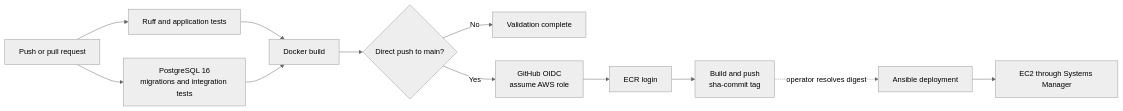
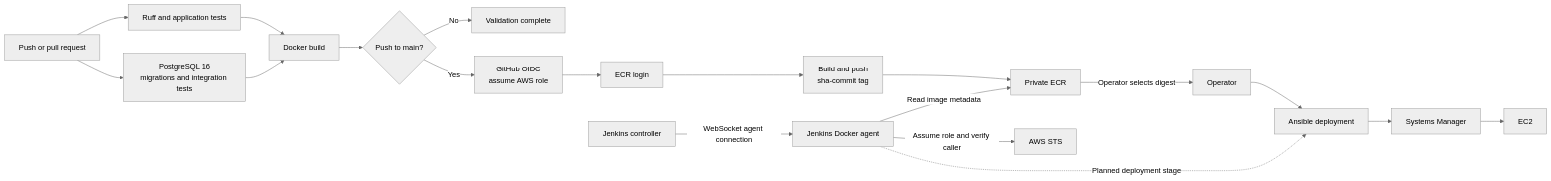
One commit to Orlando-Alvarez/Ticket-API changed the diagram in docs/ci-cd.md. Above: the diagram before and after it, drawn with Mermaid (neutral theme). The commit also changed other lines of this file and 9 other files, not shown here.

Commit message:
docs: document Jenkins architecture and CI/CD integration

````diff
--- a/docs/ci-cd.md
+++ b/docs/ci-cd.md
@@ -43,14 +40,21 @@
 ```mermaid
 flowchart LR
     Event[Push or pull request] --> Test[Ruff and application tests]
     Event --> PG[PostgreSQL 16<br/>migrations and integration tests]
     Test --> Docker[Docker build]
     PG --> Docker
-    Docker --> Condition{Direct push to main?}
+    Docker --> Condition{Push to main?}
     Condition -->|No| Complete[Validation complete]
     Condition -->|Yes| OIDC[GitHub OIDC<br/>assume AWS role]
     OIDC --> Login[ECR login]
     Login --> Publish[Build and push<br/>sha-commit tag]
-    Publish -. operator resolves digest .-> Ansible[Ansible deployment]
-    Ansible --> EC2[EC2 through Systems Manager]
+    Publish --> ECR[Private ECR]
+    Controller[Jenkins controller] -->|"WebSocket agent connection"| Agent[Jenkins Docker agent]
+    Agent -->|"Assume role and verify caller"| STS[AWS STS]
+    Agent -->|"Read image metadata"| ECR
+    ECR -->|"Operator selects digest"| Operator[Operator]
+    Operator --> Ansible[Ansible deployment]
+    Agent -.->|"Planned deployment stage"| Ansible
+    Ansible --> SSM[Systems Manager]
+    SSM --> EC2[EC2]
 ```
````
